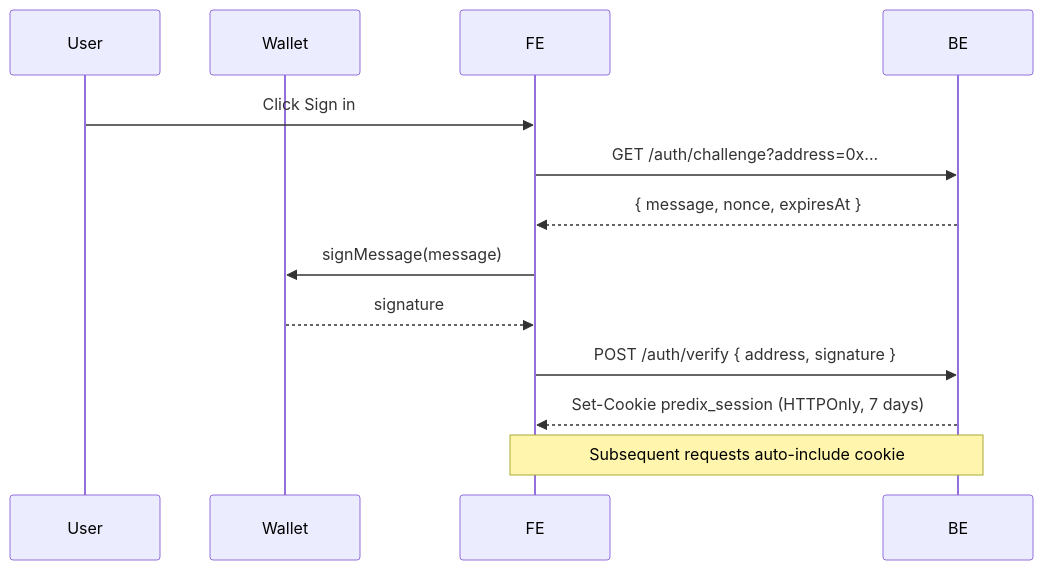
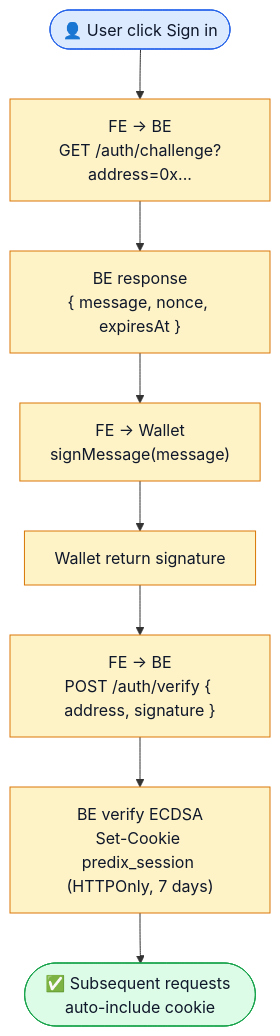
Before and after one commit to PrediX-Protocol/predix-docs: the diagram in vi_v6/developers/backend-api.md, drawn with Mermaid. The commit also changed 17 other files, not shown here.

First line of the commit message:
docs(vi_v6): convert all 22 sequenceDiagram → flowchart TD (no overlap UX issue)

````diff
--- a/vi_v6/developers/backend-api.md
+++ b/vi_v6/developers/backend-api.md
@@ -197,16 +197,18 @@
 ```mermaid
-sequenceDiagram
-    participant U as User
-    participant W as Wallet
-    participant FE
-    participant BE
+flowchart TD
+    Start(["👤 User click Sign in"])
+    Start --> S1["FE → BE<br/>GET /auth/challenge?address=0x..."]
+    S1 --> S2["BE response<br/>{ message, nonce, expiresAt }"]
+    S2 --> S3["FE → Wallet<br/>signMessage(message)"]
+    S3 --> S4["Wallet return signature"]
+    S4 --> S5["FE → BE<br/>POST /auth/verify { address, signature }"]
+    S5 --> S6["BE verify ECDSA<br/>Set-Cookie predix_session (HTTPOnly, 7 days)"]
+    S6 --> End(["✅ Subsequent requests auto-include cookie"])
 
-    U->>FE: Click Sign in
-    FE->>BE: GET /auth/challenge?address=0x...
-    BE-->>FE: { message, nonce, expiresAt }
-    FE->>W: signMessage(message)
-    W-->>FE: signature
-    FE->>BE: POST /auth/verify { address, signature }
-    BE-->>FE: Set-Cookie predix_session (HTTPOnly, 7 days)
-    Note over FE,BE: Subsequent requests auto-include cookie
+    classDef st fill:#dbeafe,stroke:#2563eb,color:#0f172a
+    classDef step fill:#fef3c7,stroke:#d97706,color:#0f172a
+    classDef ok fill:#dcfce7,stroke:#16a34a,color:#0f172a
+    class Start st
+    class S1,S2,S3,S4,S5,S6 step
+    class End ok
 ```
````
